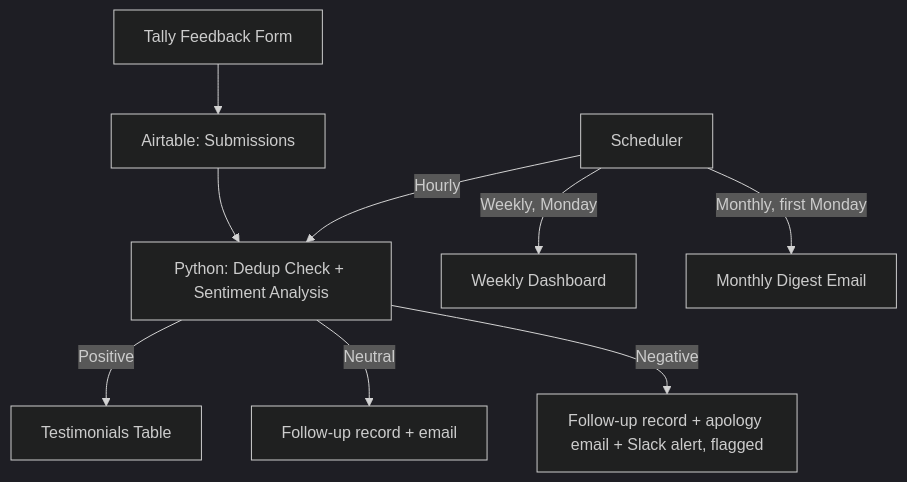
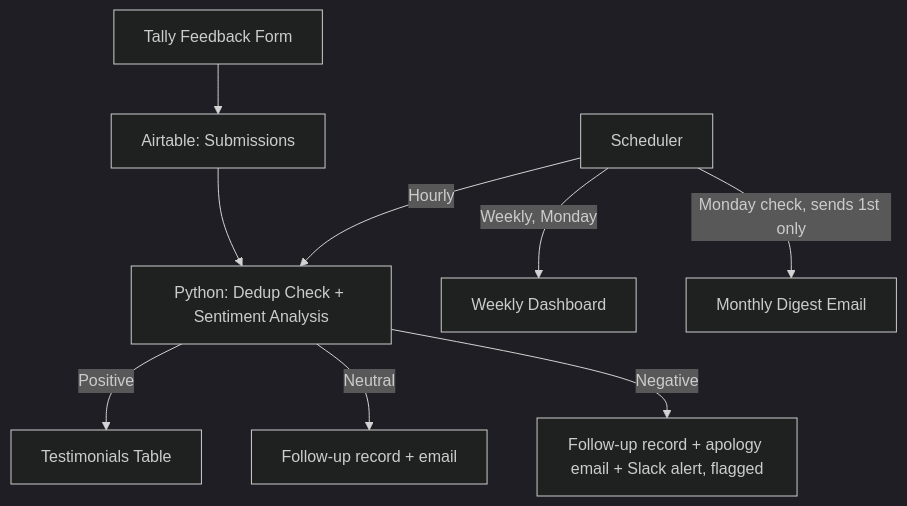
The diagram in README.md (draugleo/automated-testimonial-collection-system), drawn with Mermaid (dark theme) before and after one commit. The commit also changed other lines of this file, not shown here.

````diff
--- a/README.md
+++ b/README.md
@@ -26,11 +26,11 @@
 ```mermaid
 flowchart TD
     A[Tally Feedback Form] --> B[Airtable: Submissions]
     B --> C[Python: Dedup Check + Sentiment Analysis]
     C -->|Positive| D[Testimonials Table]
     C -->|Neutral| E[Follow-up record + email]
     C -->|Negative| F[Follow-up record + apology email + Slack alert, flagged]
     G[Scheduler] -->|Hourly| C
     G -->|Weekly, Monday| H[Weekly Dashboard]
-    G -->|Monthly, first Monday| I[Monthly Digest Email]
+    G -->|Monday check, sends 1st only| I[Monthly Digest Email]
 ```
````
